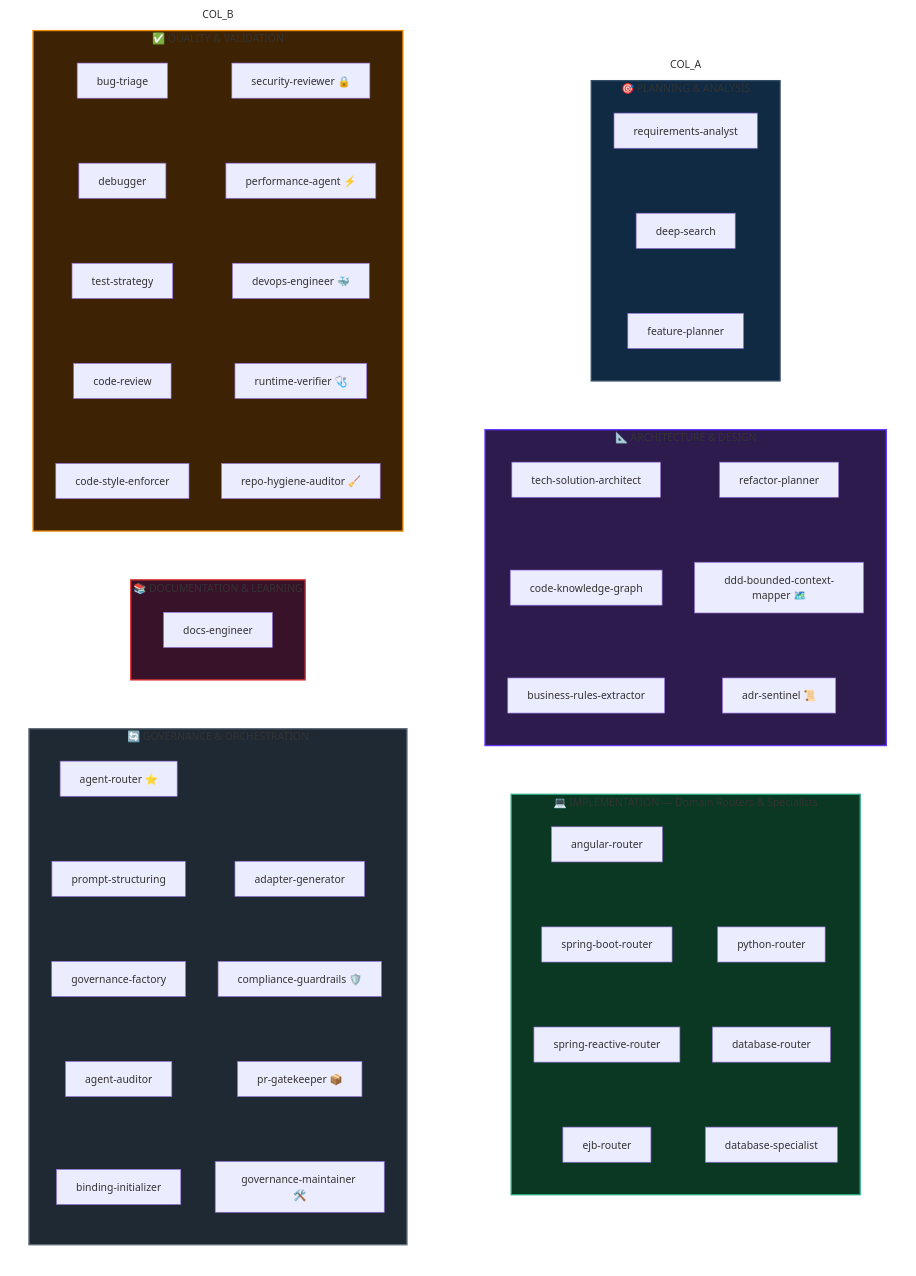
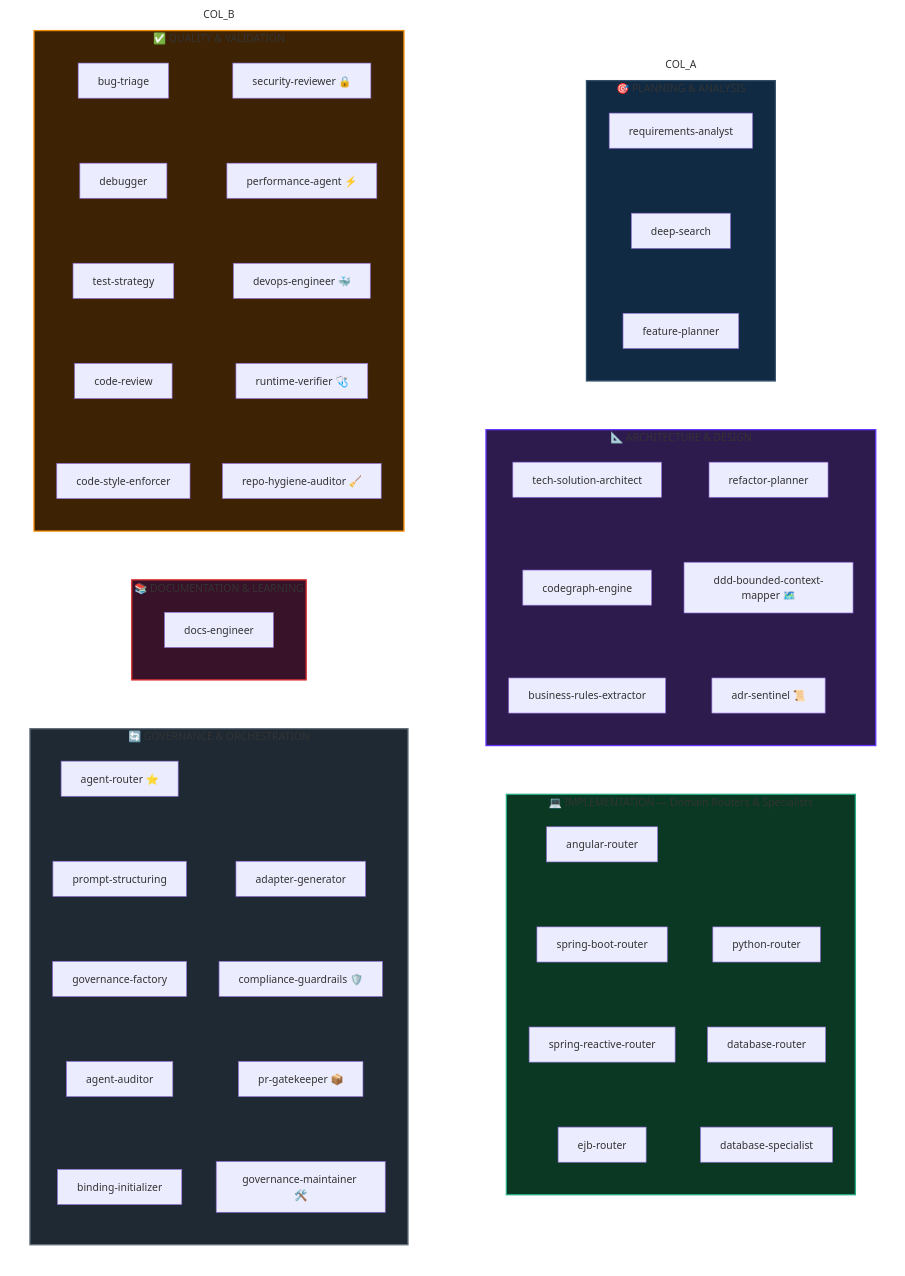
The second of 2 diagrams in README.md (jezreel8858/deep-agents-copilot), drawn with Mermaid before and after one commit. The commit also changed other lines of this file and 31 other files, not shown here.

````diff
--- a/README.md
+++ b/README.md
@@ -254,56 +254,56 @@
 ```mermaid
 flowchart TB
     subgraph COL_A
         direction TB
         subgraph CAT1["🎯 PLANNING &amp; ANALYSIS"]
             direction TB
             A1[requirements-analyst] ~~~ A2[deep-search] ~~~ A3[feature-planner]
         end
 
         subgraph CAT2["📐 ARCHITECTURE &amp; DESIGN"]
             direction TB
-            B1[tech-solution-architect] ~~~ B2[code-knowledge-graph] ~~~ B3[business-rules-extractor]
+            B1[tech-solution-architect] ~~~ B2[codegraph-engine] ~~~ B3[business-rules-extractor]
             B4[refactor-planner] ~~~ B5["ddd-bounded-context-mapper 🗺️"] ~~~ B6["adr-sentinel 📜"]
         end
 
         subgraph CAT3["💻 IMPLEMENTATION — Domain Routers &amp; Specialists"]
             direction TB
             C1[angular-router] ~~~ C2[spring-boot-router] ~~~ C3[spring-reactive-router] ~~~ C4[ejb-router]
             C5[python-router] ~~~ C6[database-router] ~~~ C7[database-specialist]
         end
 
         CAT1 ~~~ CAT2 ~~~ CAT3
     end
 
     subgraph COL_B
         direction TB
         subgraph CAT4["✅ QUALITY &amp; VALIDATION"]
             direction TB
             D1[bug-triage] ~~~ D2[debugger] ~~~ D3[test-strategy] ~~~ D4[code-review] ~~~ D5[code-style-enforcer]
             D6["security-reviewer 🔒"] ~~~ D7["performance-agent ⚡"] ~~~ D8["devops-engineer 🐳"] ~~~ D9["runtime-verifier 🩺"] ~~~ D10["repo-hygiene-auditor 🧹"]
         end
 
         subgraph CAT5["📚 DOCUMENTATION &amp; LEARNING"]
             direction TB
             E1[docs-engineer]
         end
 
         subgraph CAT6["🔄 GOVERNANCE &amp; ORCHESTRATION"]
             direction TB
             F1["agent-router ⭐"] ~~~ F2[prompt-structuring] ~~~ F3[governance-factory] ~~~ F4[agent-auditor] ~~~ F5[binding-initializer]
             F6[adapter-generator] ~~~ F8["compliance-guardrails 🛡️"] ~~~ F9["pr-gatekeeper 📦"] ~~~ F10["governance-maintainer 🛠️"]
         end
 
         CAT4 ~~~ CAT5 ~~~ CAT6
     end
 
     style COL_A fill:none,stroke:none
     style COL_B fill:none,stroke:none
 
     style CAT1 fill:#102a43,stroke:#334e68,stroke-width:2px
     style CAT2 fill:#2d1b4e,stroke:#6236ff,stroke-width:2px
     style CAT3 fill:#0b3823,stroke:#27ab83,stroke-width:2px
     style CAT4 fill:#3d2204,stroke:#f08c00,stroke-width:2px
     style CAT5 fill:#381228,stroke:#e03131,stroke-width:2px
     style CAT6 fill:#1f2933,stroke:#616e7c,stroke-width:2px
 ```
````
